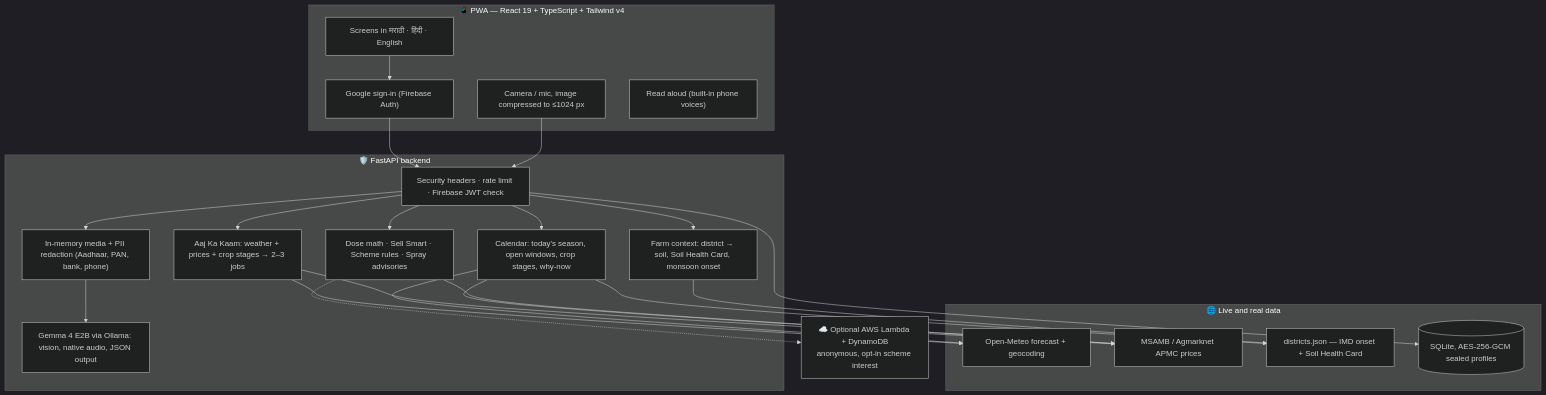
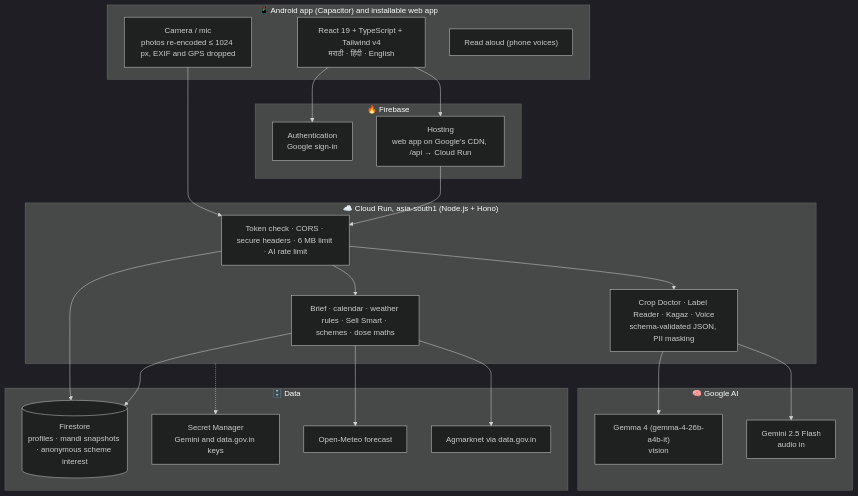
Before and after one commit to rushii23-dev/Arth-: the diagram in README.md, drawn with Mermaid (dark theme). The commit also changed other lines of this file, not shown here.

First line of the commit message:
docs: README describes the current app

````diff
--- a/README.md
+++ b/README.md
@@ -238,39 +193,40 @@
 ```mermaid
 flowchart TD
-    subgraph Phone["📱 PWA — React 19 + TypeScript + Tailwind v4"]
-        UI["Screens in मराठी · हिंदी · English"]
-        Auth["Google sign-in (Firebase Auth)"]
-        Cam["Camera / mic, image compressed to ≤1024 px"]
-        TTS["Read aloud (built-in phone voices)"]
+    subgraph Phone["📱 Android app (Capacitor) and installable web app"]
+        UI["React 19 + TypeScript + Tailwind v4<br/>मराठी · हिंदी · English"]
+        Cam["Camera / mic<br/>photos re-encoded ≤ 1024 px, EXIF and GPS dropped"]
+        TTS["Read aloud (phone voices)"]
     end
 
-    subgraph API["🛡️ FastAPI backend"]
-        MW["Security headers · rate limit · Firebase JWT check"]
-        Farm["Farm context: district → soil, Soil Health Card, monsoon onset"]
-        Cal["Calendar: today's season, open windows, crop stages, why-now"]
-        Brief["Aaj Ka Kaam: weather + prices + crop stages → 2–3 jobs"]
-        Rules["Dose math · Sell Smart · Scheme rules · Spray advisories"]
-        PII["In-memory media + PII redaction (Aadhaar, PAN, bank, phone)"]
-        AI["Gemma 4 E2B via Ollama: vision, native audio, JSON output"]
+    subgraph Firebase["🔥 Firebase"]
+        Auth["Authentication<br/>Google sign-in"]
+        Host["Hosting<br/>web app on Google's CDN, /api → Cloud Run"]
     end
 
-    subgraph Data["🌐 Live and real data"]
-        OM["Open-Meteo forecast + geocoding"]
-        AG["MSAMB / Agmarknet APMC prices"]
-        DS["districts.json — IMD onset + Soil Health Card"]
-        DB[("SQLite, AES-256-GCM sealed profiles")]
+    subgraph Run["☁️ Cloud Run, asia-south1 (Node.js + Hono)"]
+        MW["Token check · CORS · secure headers · 6 MB limit · AI rate limit"]
+        Rules["Brief · calendar · weather rules · Sell Smart · schemes · dose maths"]
+        AIsvc["Crop Doctor · Label Reader · Kagaz · Voice<br/>schema-validated JSON, PII masking"]
     end
 
-    Sync["☁️ Optional AWS Lambda + DynamoDB<br/>anonymous, opt-in scheme interest"]
+    subgraph Google["🧠 Google AI"]
+        Gemma["Gemma 4 (gemma-4-26b-a4b-it)<br/>vision"]
+        Flash["Gemini 2.5 Flash<br/>audio in"]
+    end
 
-    UI --> Auth --> MW
+    subgraph Data["🗄️ Data"]
+        FS[("Firestore<br/>profiles · mandi snapshots · anonymous scheme interest")]
+        SM["Secret Manager<br/>Gemini and data.gov.in keys"]
+        OM["Open-Meteo forecast"]
+        AG["Agmarknet via data.gov.in"]
+    end
+
+    UI --> Auth
+    UI --> Host --> MW
     Cam --> MW
-    MW --> Brief & Cal & Farm & Rules & PII
-    PII --> AI
-    Brief --> OM & AG
-    Cal --> OM & AG & DS
-    Farm --> DS
-    Rules --> AG
-    MW --> DB
-    Rules -.-> Sync
+    MW --> Rules & AIsvc
+    AIsvc --> Gemma & Flash
+    Rules --> OM & AG & FS
+    MW --> FS
+    Run -.-> SM
 ```
````
